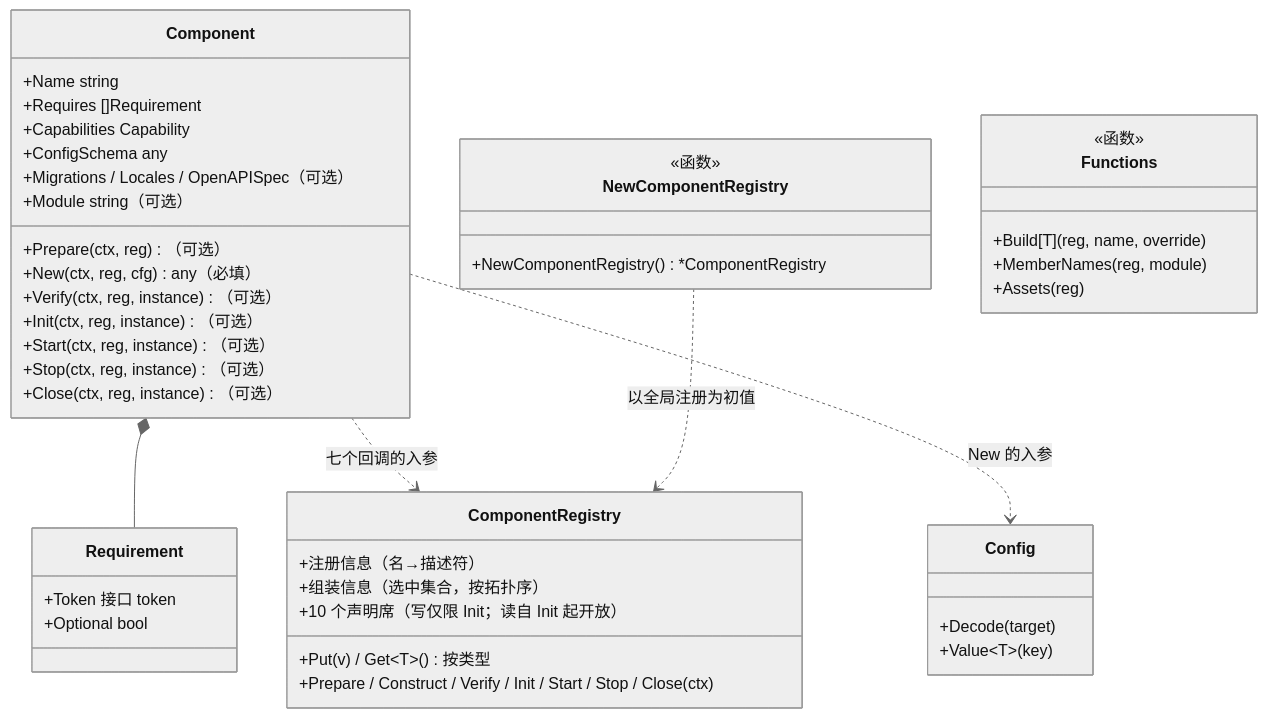
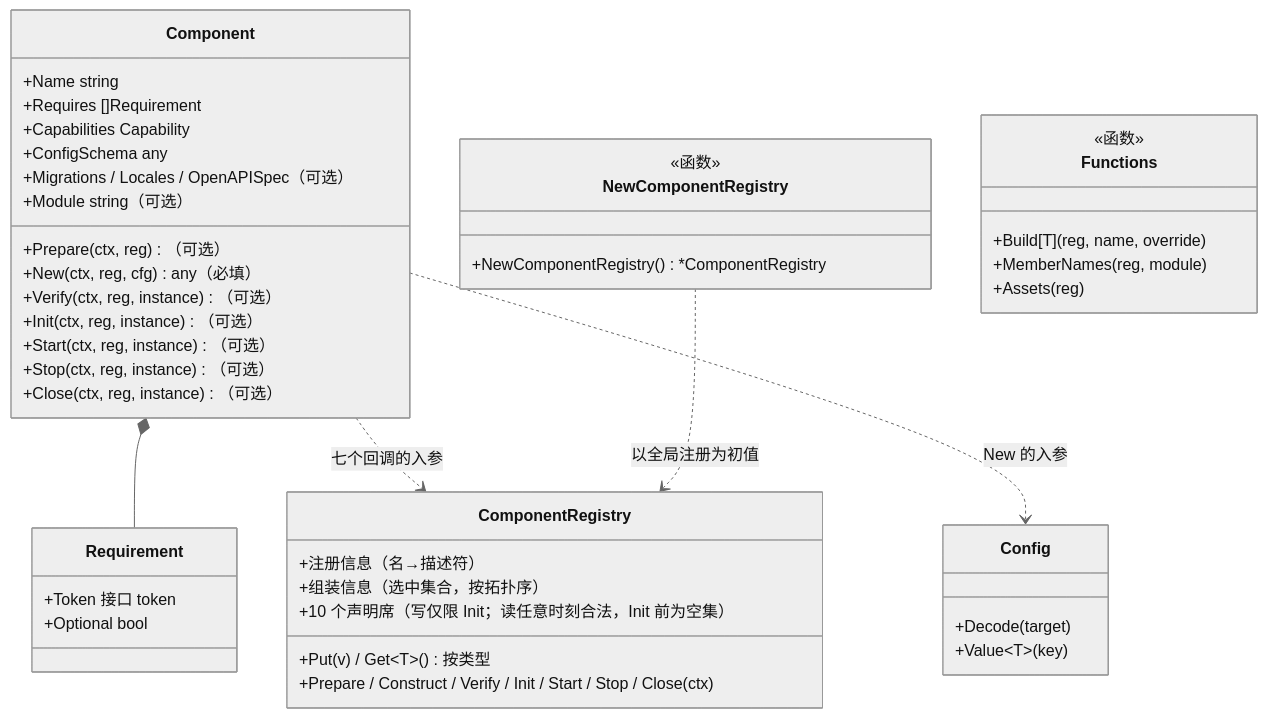
One commit to vislake/speed changed the second of 6 diagrams in docs/internal/29-config-driven-component-assembly.md. Above: the diagram before and after it, drawn with Mermaid (neutral theme). The commit also changed other lines of this file, not shown here.

````diff
--- a/docs/internal/29-config-driven-component-assembly.md
+++ b/docs/internal/29-config-driven-component-assembly.md
@@ -189,48 +189,48 @@
 ```mermaid
 classDiagram
     class Component {
         +Name string
         +Prepare(ctx, reg)（可选）
         +New(ctx, reg, cfg) any（必填）
         +Verify(ctx, reg, instance)（可选）
         +Init(ctx, reg, instance)（可选）
         +Start(ctx, reg, instance)（可选）
         +Stop(ctx, reg, instance)（可选）
         +Close(ctx, reg, instance)（可选）
         +Requires []Requirement
         +Capabilities Capability
         +ConfigSchema any
         +Migrations / Locales / OpenAPISpec（可选）
         +Module string（可选）
     }
     class Requirement {
         +Token 接口 token
         +Optional bool
     }
     class ComponentRegistry {
         +注册信息（名→描述符）
         +组装信息（选中集合，按拓扑序）
         +Put(v) / Get~T~() 按类型
-        +10 个声明席（写仅限 Init；读自 Init 起开放）
+        +10 个声明席（写仅限 Init；读任意时刻合法，Init 前为空集）
         +Prepare / Construct / Verify / Init / Start / Stop / Close(ctx)
     }
     class Config {
         +Decode(target)
         +Value~T~(key)
     }
     class NewComponentRegistry {
         <<函数>>
         +NewComponentRegistry() *ComponentRegistry
     }
     class Functions {
         <<函数>>
         +Build[T](reg, name, override)
         +MemberNames(reg, module)
         +Assets(reg)
     }
 
     Component *-- Requirement
     Component ..> ComponentRegistry : 七个回调的入参
     Component ..> Config : New 的入参
     NewComponentRegistry ..> ComponentRegistry : 以全局注册为初值
 ```
````
